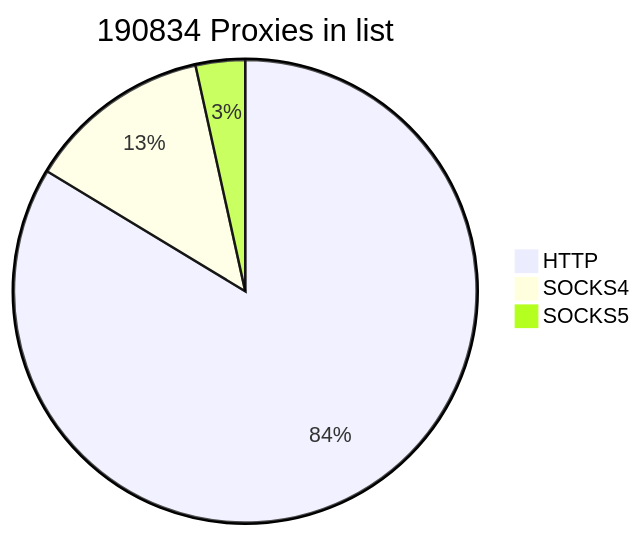
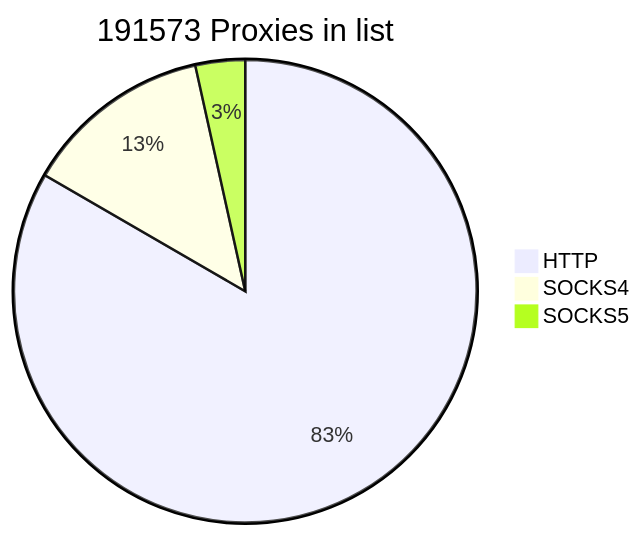
One commit to cutipu/proxylist changed the first of 2 diagrams in README.md. Above: the diagram before and after it, drawn with Mermaid. The commit also changed other lines of this file, not shown here.

````diff
--- a/README.md
+++ b/README.md
@@ -2,7 +2,7 @@
 ```mermaid
-pie title 190834 Proxies in list
-    "HTTP" : 159665
-    "SOCKS4" : 24584
-    "SOCKS5" : 6585
+pie title 191573 Proxies in list
+    "HTTP" : 159685
+    "SOCKS4" : 25246
+    "SOCKS5" : 6642
             
 ```
````
